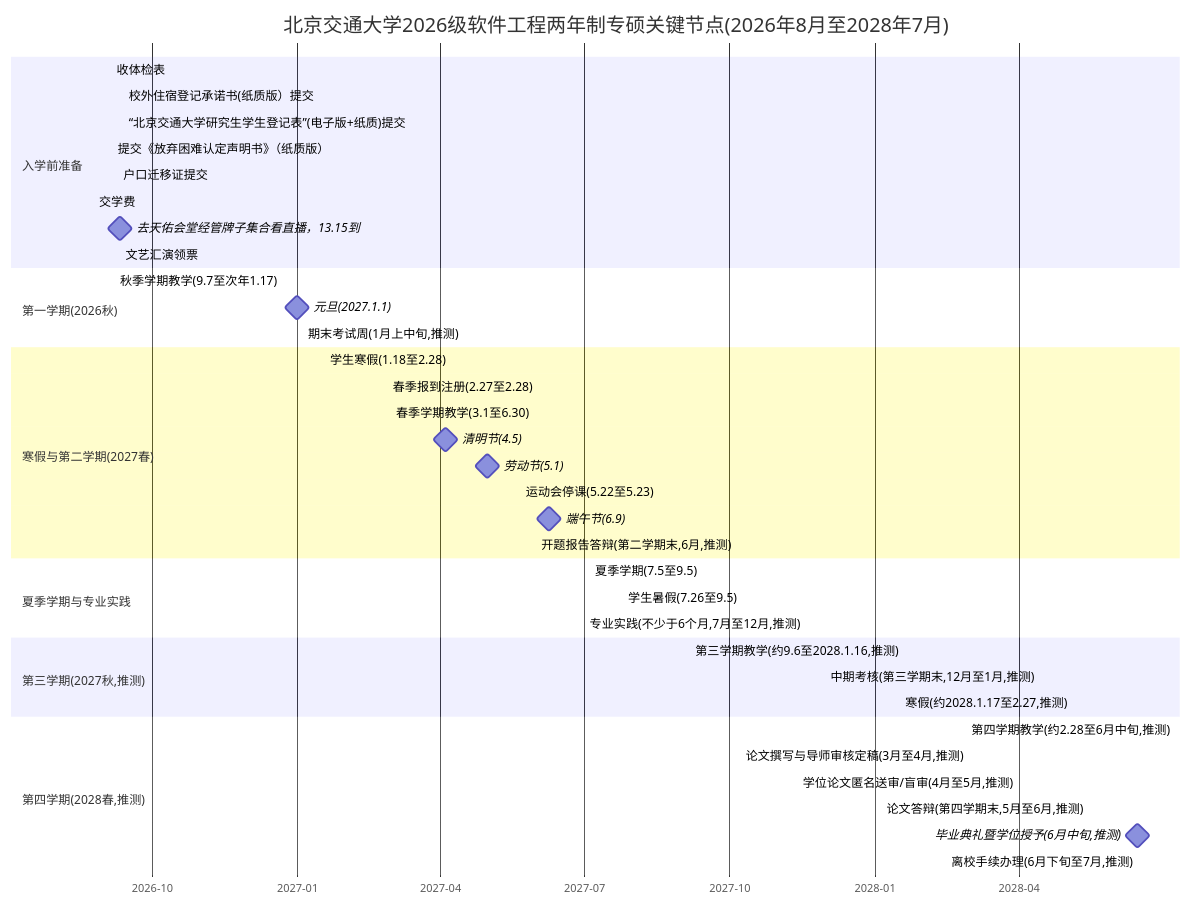
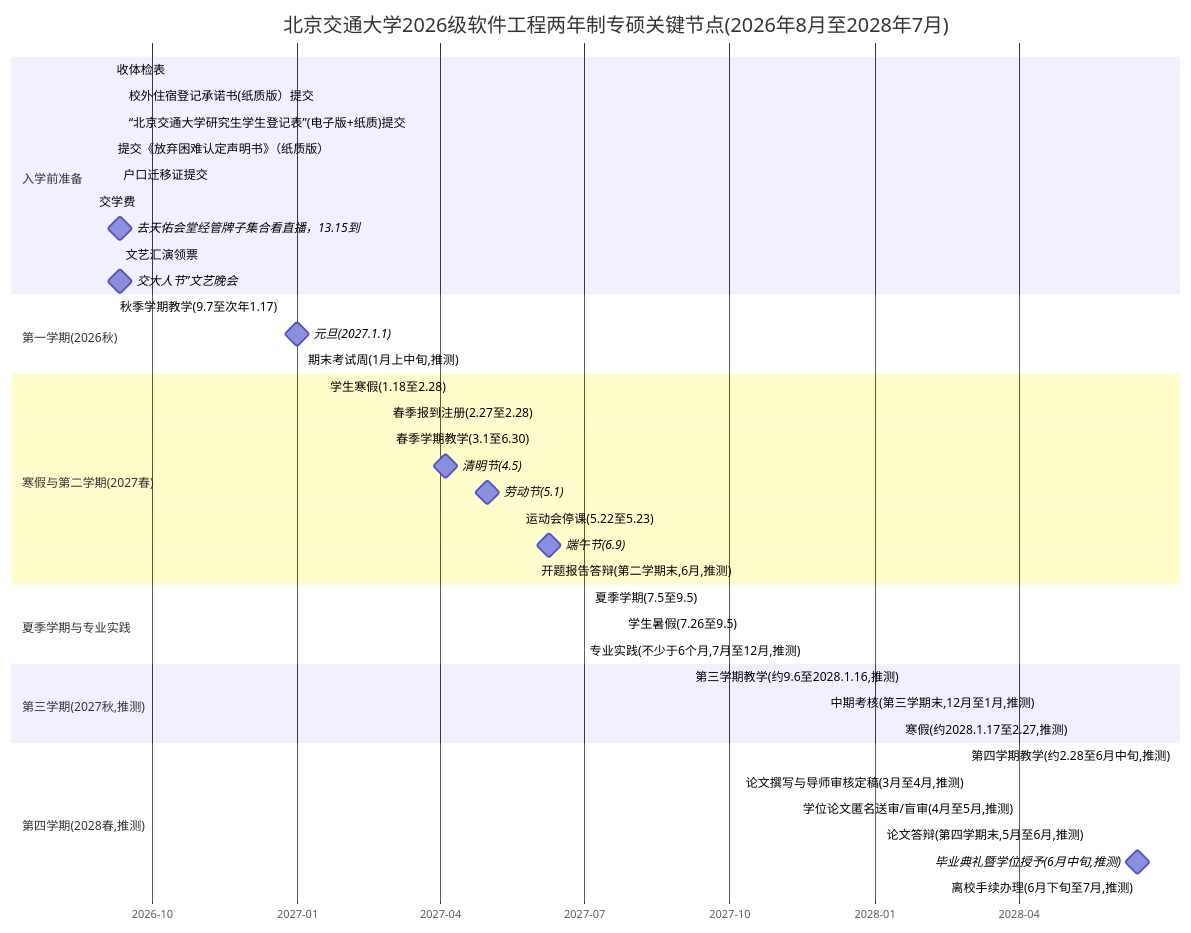
The diagram in gantt.md (leo372239-1024/mermaid-gantt-share), drawn with Mermaid before and after one commit.

Commit message:
sync: add: b8 交大人节”文艺晚会

````diff
--- a/gantt.md
+++ b/gantt.md
@@ -13,45 +13,46 @@
 ```mermaid
 gantt
     title 北京交通大学2026级软件工程两年制专硕关键节点(2026年8月至2028年7月)
     dateFormat YYYY-MM-DD HH:mm
     axisFormat %Y-%m
     section 入学前准备
     收体检表 :b1, 2026-09-05, 2026-09-07
     校外住宿登记承诺书(纸质版）提交 :b3, 2026-09-13, 0d
     “北京交通大学研究生学生登记表”(电子版+纸质)提交 :b4, 2026-09-13, 0d
     提交《放弃困难认定声明书》（纸质版） :b5, 2026-09-06, 0d
     户口迁移证提交 :b2, 2026-09-09, 0d
     交学费 :b6, 2026-08-25, 2026-09-09
     去天佑会堂经管牌子集合看直播，13.15到 :milestone, m12, 2026-09-10 13:00, 2026-09-10 13:00
-    文艺汇演领票 :t25, 2026-09-10 14:00, 2026-09-10 17:00
+    文艺汇演领票 :b7, 2026-09-10 14:00, 2026-09-10 17:00
+    交大人节”文艺晚会 :milestone, b8, 2026-09-10 18:45, 2026-09-10 18:45
     section 报到与注册
     section 开学季事务(班级通知)
     section 第一学期(2026秋)
     秋季学期教学(9.7至次年1.17) :t7, 2026-09-07, 2027-01-17
     元旦(2027.1.1) :milestone, m7, 2027-01-01, 0d
     期末考试周(1月上中旬,推测) :crit, t8, 2027-01-04, 2027-01-15
     section 寒假与第二学期(2027春)
     学生寒假(1.18至2.28) :t9, 2027-01-18, 2027-02-28
     春季报到注册(2.27至2.28) :t10, 2027-02-27, 2027-02-28
     春季学期教学(3.1至6.30) :t11, 2027-03-01, 2027-06-30
     清明节(4.5) :milestone, m8, 2027-04-05, 0d
     劳动节(5.1) :milestone, m9, 2027-05-01, 0d
     运动会停课(5.22至5.23) :t12, 2027-05-22, 2027-05-23
     端午节(6.9) :milestone, m10, 2027-06-09, 0d
     开题报告答辩(第二学期末,6月,推测) :crit, t13, 2027-06-01, 2027-06-30
     section 夏季学期与专业实践
     夏季学期(7.5至9.5) :t14, 2027-07-05, 2027-09-05
     学生暑假(7.26至9.5) :t15, 2027-07-26, 2027-09-05
     专业实践(不少于6个月,7月至12月,推测) :crit, t16, 2027-07-01, 2027-12-31
     section 第三学期(2027秋,推测)
     第三学期教学(约9.6至2028.1.16,推测) :t17, 2027-09-06, 2028-01-16
     中期考核(第三学期末,12月至1月,推测) :crit, t18, 2027-12-01, 2028-01-16
     寒假(约2028.1.17至2.27,推测) :t19, 2028-01-17, 2028-02-27
     section 第四学期(2028春,推测)
     第四学期教学(约2.28至6月中旬,推测) :t20, 2028-02-28, 2028-06-15
     论文撰写与导师审核定稿(3月至4月,推测) :t21, 2028-03-01, 2028-04-30
     学位论文匿名送审/盲审(4月至5月,推测) :crit, t22, 2028-04-01, 2028-05-15
     论文答辩(第四学期末,5月至6月,推测) :crit, t23, 2028-05-16, 2028-06-10
     毕业典礼暨学位授予(6月中旬,推测) :milestone, m11, 2028-06-15, 0d
     离校手续办理(6月下旬至7月,推测) :t24, 2028-06-16, 2028-07-30
 ```
````
